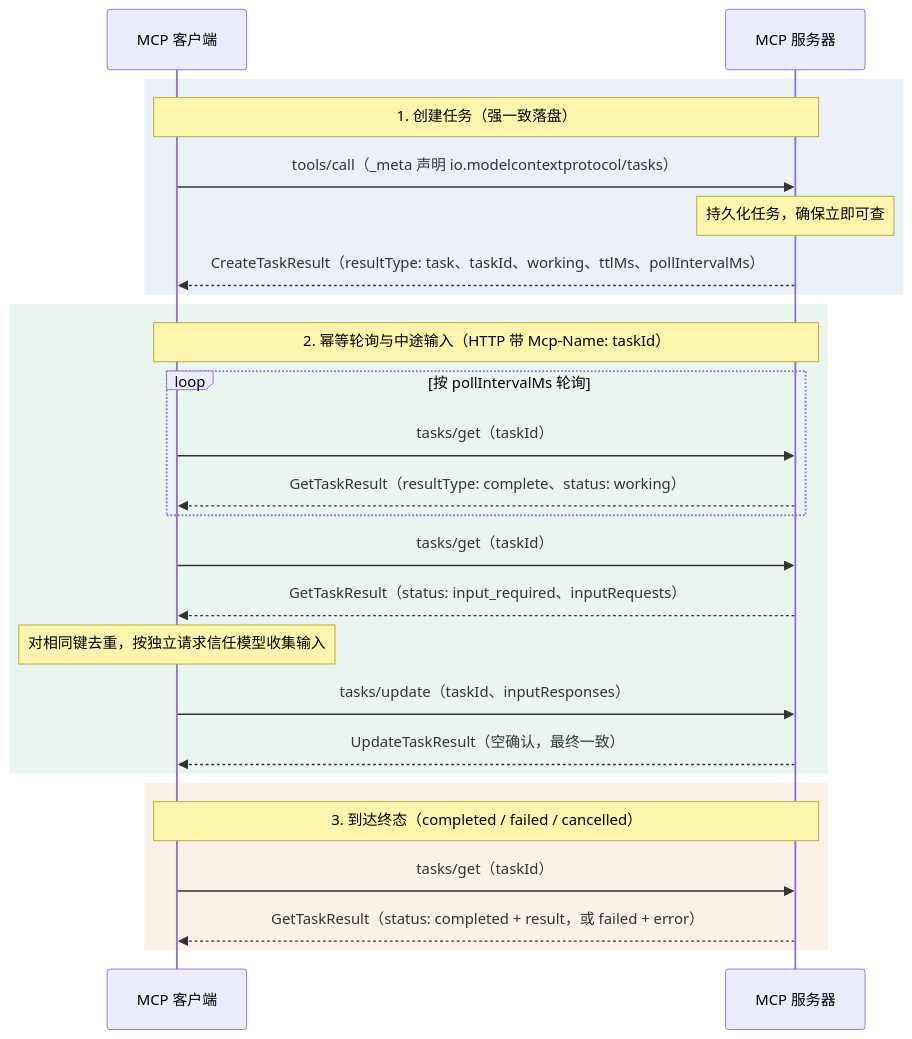
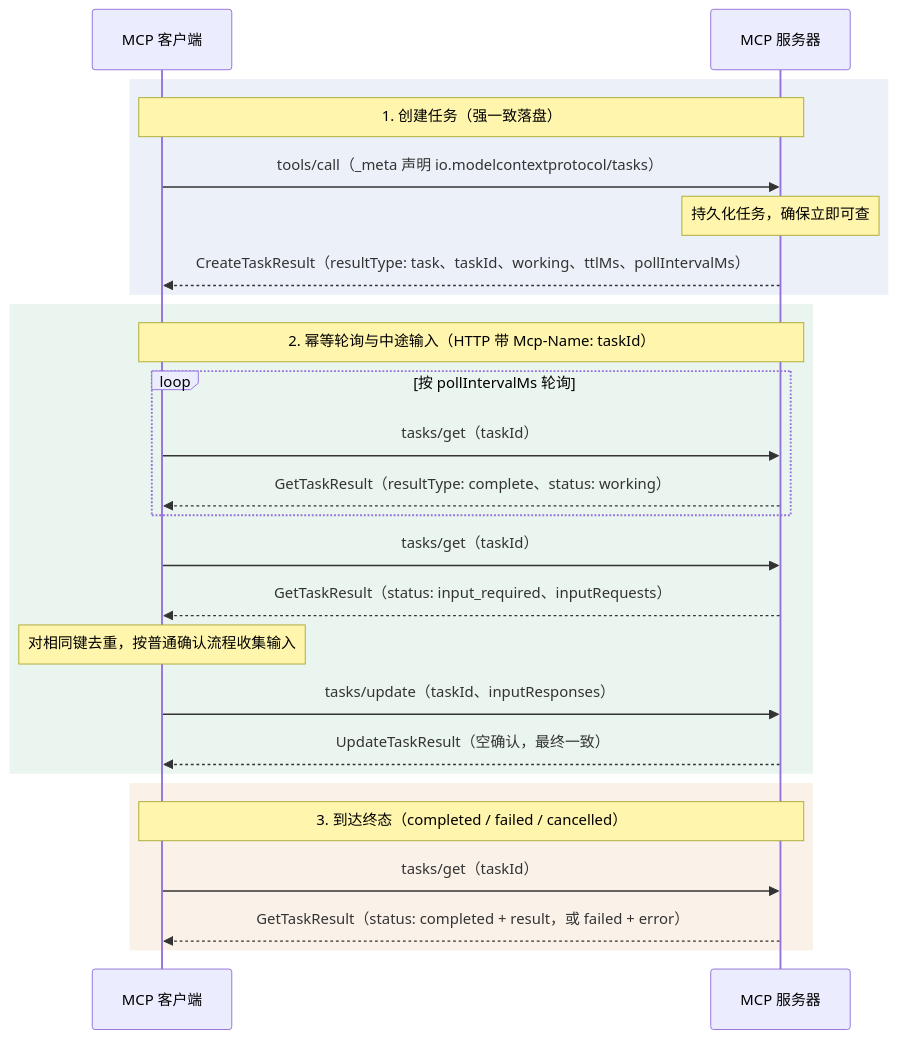
The diagram in wiki/topics/ai/mcp-tasks.md (PerfectPan/wiki), drawn with Mermaid before and after one commit. The commit also changed other lines of this file and 2 other files, not shown here.

Commit message:
docs(ai): use plainer wording for MCP extension security rules

````diff
--- a/wiki/topics/ai/mcp-tasks.md
+++ b/wiki/topics/ai/mcp-tasks.md
@@ -41,31 +41,31 @@
 ```mermaid
 sequenceDiagram
     participant C as MCP 客户端
     participant S as MCP 服务器
 
     rect rgba(100, 140, 200, 0.12)
         Note over C,S: 1. 创建任务（强一致落盘）
         C->>S: tools/call（_meta 声明 io.modelcontextprotocol/tasks）
         Note over S: 持久化任务，确保立即可查
         S-->>C: CreateTaskResult（resultType: task、taskId、working、ttlMs、pollIntervalMs）
     end
 
     rect rgba(80, 170, 120, 0.12)
         Note over C,S: 2. 幂等轮询与中途输入（HTTP 带 Mcp-Name: taskId）
         loop 按 pollIntervalMs 轮询
             C->>S: tasks/get（taskId）
             S-->>C: GetTaskResult（resultType: complete、status: working）
         end
         C->>S: tasks/get（taskId）
         S-->>C: GetTaskResult（status: input_required、inputRequests）
-        Note over C: 对相同键去重，按独立请求信任模型收集输入
+        Note over C: 对相同键去重，按普通确认流程收集输入
         C->>S: tasks/update（taskId、inputResponses）
         S-->>C: UpdateTaskResult（空确认，最终一致）
     end
 
     rect rgba(210, 150, 70, 0.12)
         Note over C,S: 3. 到达终态（completed / failed / cancelled）
         C->>S: tasks/get（taskId）
         S-->>C: GetTaskResult（status: completed + result，或 failed + error）
     end
 ```
````
